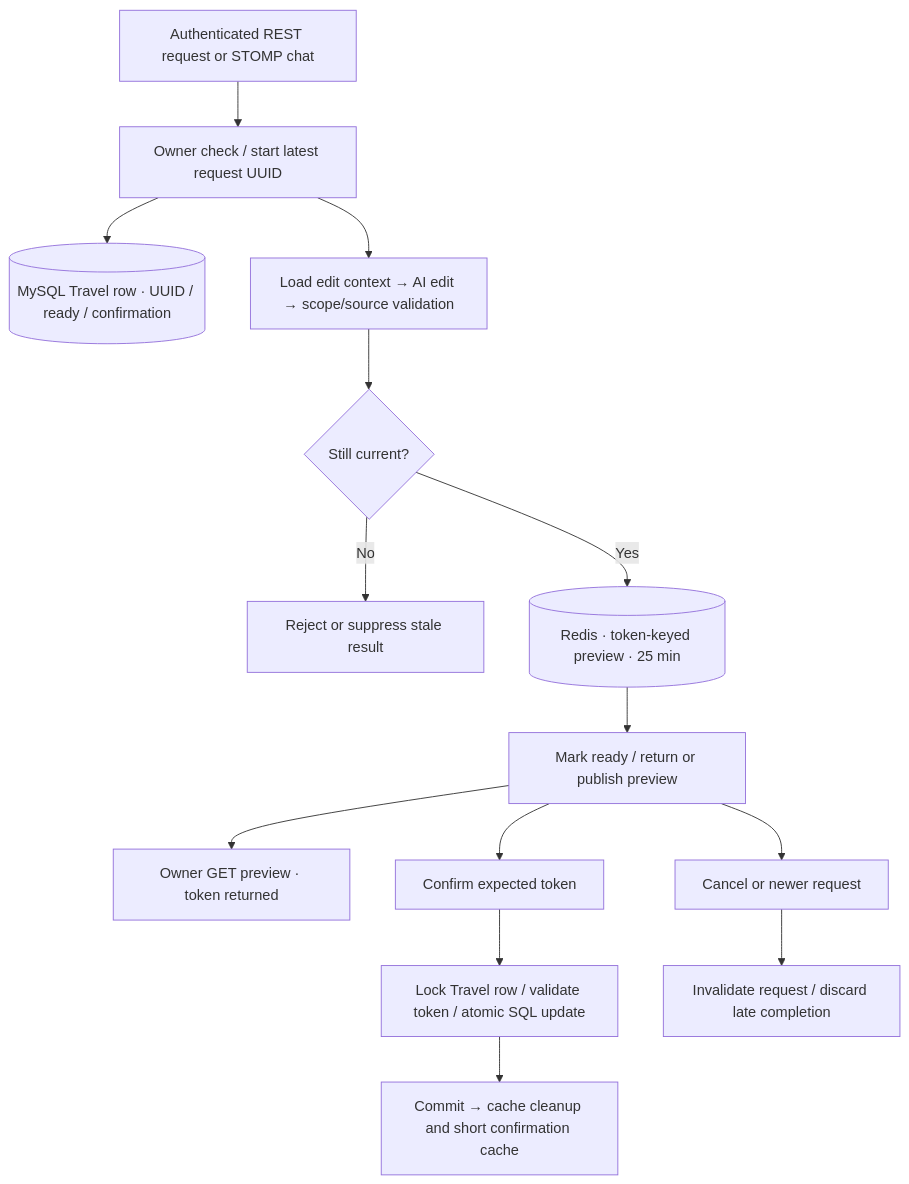
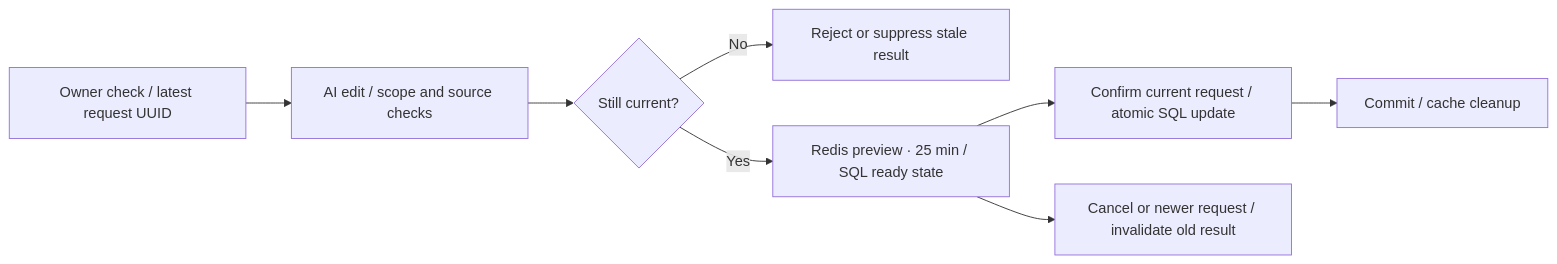
The third of 4 diagrams in README.md (team-planb-dev/BE), drawn with Mermaid before and after one commit. The commit also changed other lines of this file, not shown here.

Commit message:
docs : simplify README and architecture diagrams

````diff
--- a/README.md
+++ b/README.md
@@ -125,16 +113,10 @@
 ```mermaid
-flowchart TD
-    A["Authenticated REST request or STOMP chat"] --> B["Owner check / start latest request UUID"]
-    B --> DB[("MySQL Travel row · UUID / ready / confirmation")]
-    B --> C["Load edit context → AI edit → scope/source validation"]
-    C --> D{"Still current?"}
-    D -->|No| X["Reject or suppress stale result"]
-    D -->|Yes| R[("Redis · token-keyed preview · 25 min")]
-    R --> E["Mark ready / return or publish preview"]
-    E --> G["Owner GET preview · token returned"]
-    E --> H["Confirm expected token"]
-    E --> I["Cancel or newer request"]
-    H --> J["Lock Travel row / validate token / atomic SQL update"]
-    J --> K["Commit → cache cleanup and short confirmation cache"]
-    I --> L["Invalidate request / discard late completion"]
+flowchart LR
+    Start["Owner check / latest request UUID"] --> Edit["AI edit / scope and source checks"]
+    Edit --> Current{"Still current?"}
+    Current -->|No| Stale["Reject or suppress stale result"]
+    Current -->|Yes| Preview["Redis preview · 25 min / SQL ready state"]
+    Preview --> Confirm["Confirm current request / atomic SQL update"]
+    Preview --> Cancel["Cancel or newer request / invalidate old result"]
+    Confirm --> Cleanup["Commit / cache cleanup"]
 ```
````
